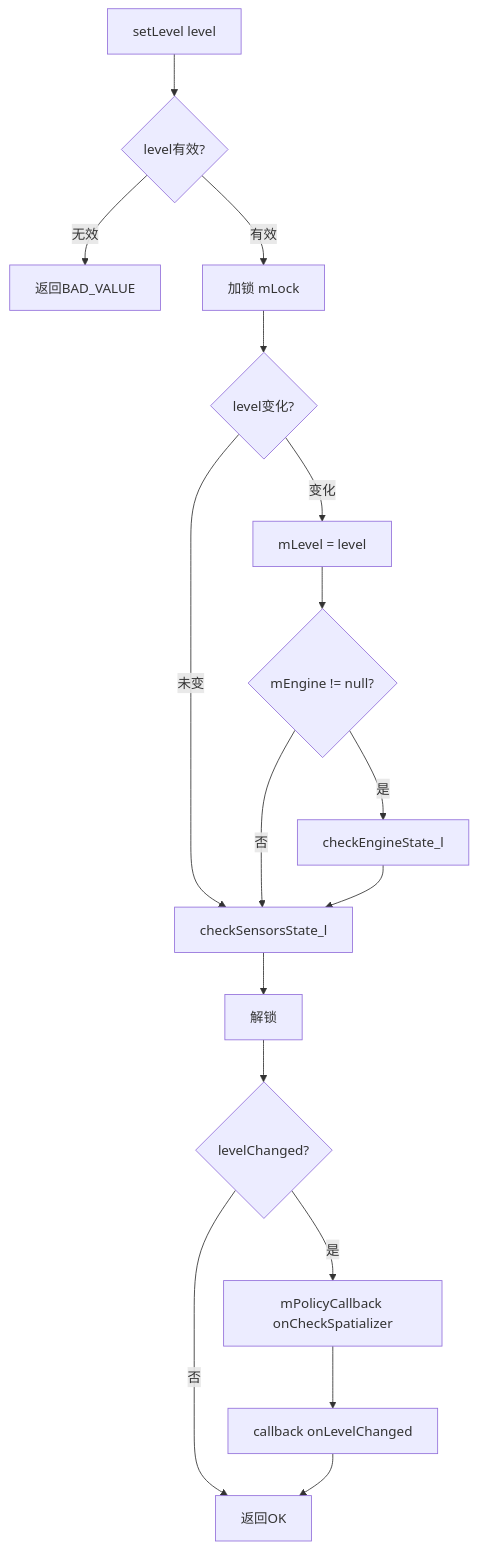
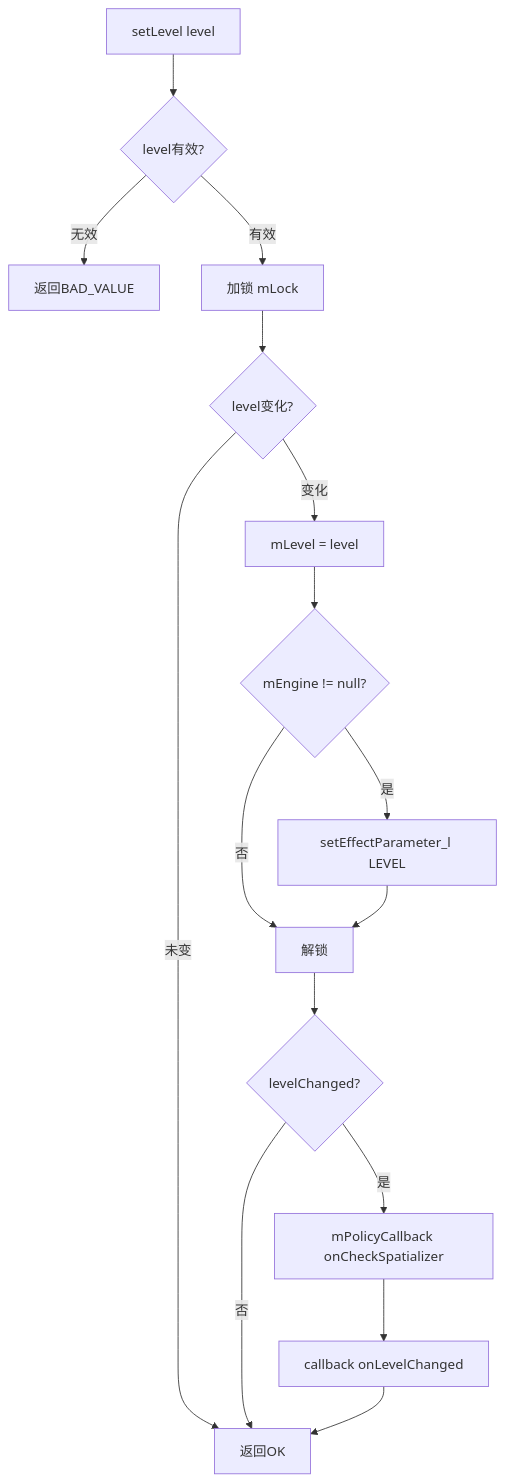
The third of 8 diagrams in 07_Effects_Framework/07_7.6_Spatializer空间音频架构详解.md (yanglinzhen1022/SA8295_AAOS_QNX_Audio_KnowledgeBase), drawn with Mermaid before and after one commit. The commit also changed other lines of this file and 9 other files, not shown here.

````diff
--- a/07_Effects_Framework/07_7.6_Spatializer空间音频架构详解.md
+++ b/07_Effects_Framework/07_7.6_Spatializer空间音频架构详解.md
@@ -220,19 +219,18 @@
 ```mermaid
 flowchart TB
     SETLEVEL[setLevel level] --> VALID{level有效?}
     VALID -->|无效| ERR[返回BAD_VALUE]
     VALID -->|有效| LOCK[加锁 mLock]
     LOCK --> CMP{level变化?}
-    CMP -->|未变| SENSOR[checkSensorsState_l]
+    CMP -->|未变| RET[返回OK]
     CMP -->|变化| SAVE[mLevel = level]
     SAVE --> HAS_ENGINE{mEngine != null?}
-    HAS_ENGINE -->|是| CHKENG[checkEngineState_l]
-    HAS_ENGINE -->|否| SENSOR
-    CHKENG --> SENSOR
-    SENSOR --> UNLOCK[解锁]
+    HAS_ENGINE -->|是| PARAM[setEffectParameter_l LEVEL]
+    HAS_ENGINE -->|否| UNLOCK[解锁]
+    PARAM --> UNLOCK[解锁]
     UNLOCK --> CHANGED{levelChanged?}
     CHANGED -->|否| RET[返回OK]
     CHANGED -->|是| POLICY[mPolicyCallback onCheckSpatializer]
     POLICY --> CB[callback onLevelChanged]
     CB --> RET
 ```
````
